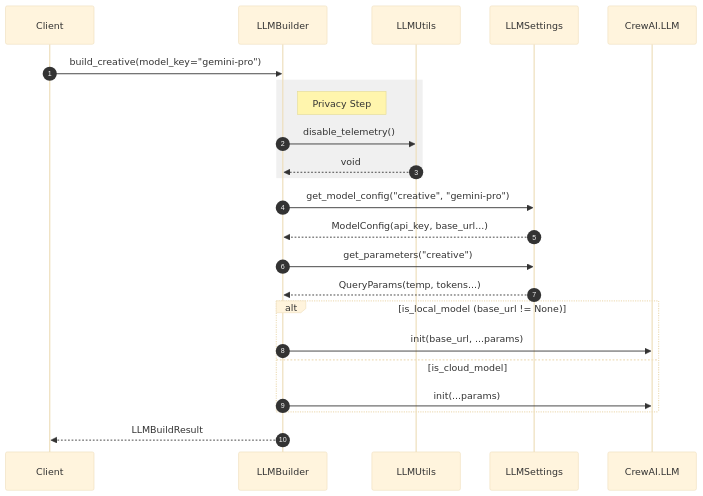
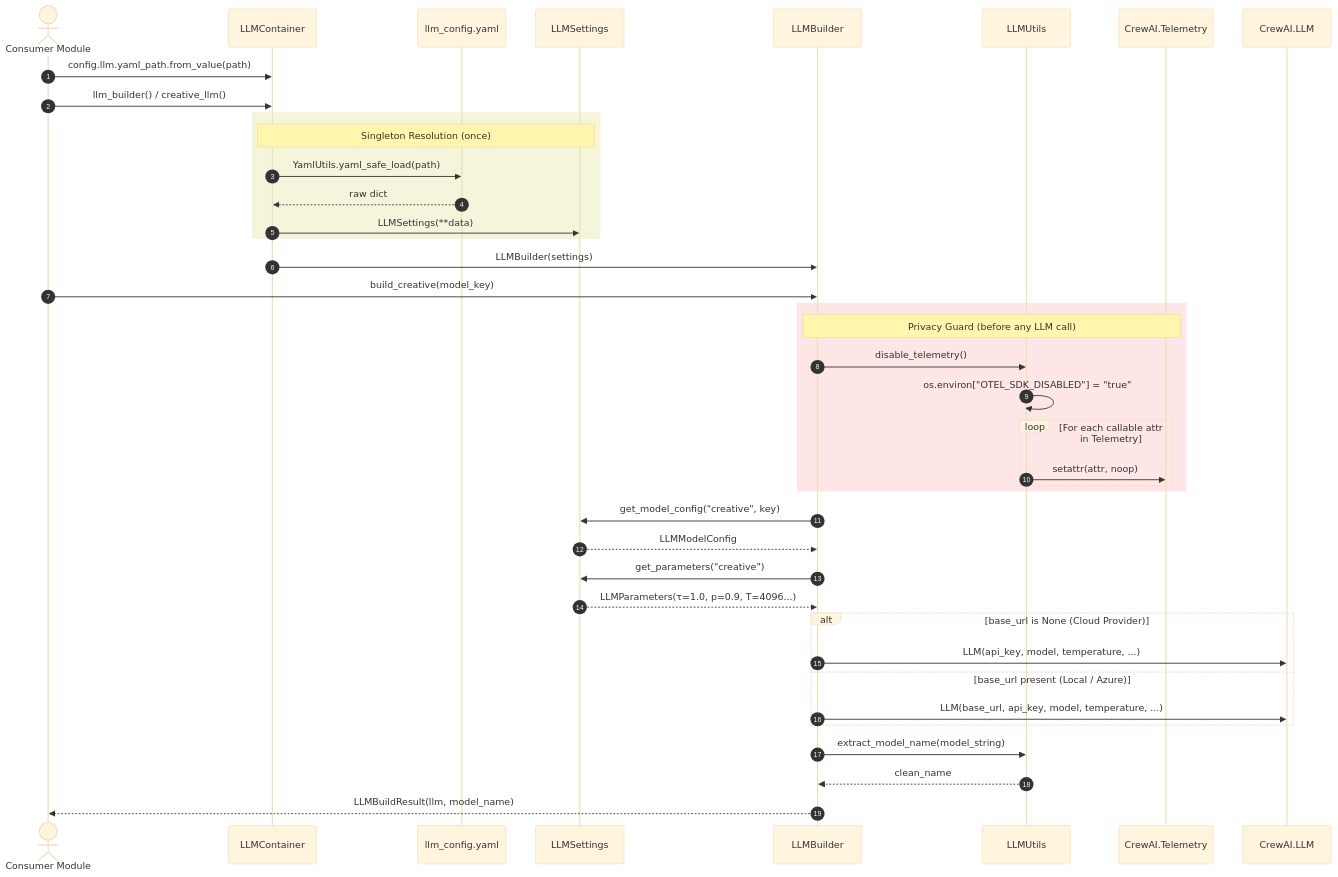
The third of 5 diagrams in docs/paper/modules/llm_factory/architecture.md (NikhilVijayakumar/Amsha), drawn with Mermaid before and after one commit. The commit also changed other lines of this file and 24 other files, not shown here.

````diff
--- a/docs/paper/modules/llm_factory/architecture.md
+++ b/docs/paper/modules/llm_factory/architecture.md
@@ -47,32 +173,53 @@
 ```mermaid
 %%{init: {'theme': 'base'}}%%
 sequenceDiagram
     autonumber
-    participant Client
+    actor Client as Consumer Module
+    participant Container as LLMContainer
+    participant YAML as llm_config.yaml
+    participant Settings as LLMSettings
     participant Builder as LLMBuilder
     participant Utils as LLMUtils
-    participant Settings as LLMSettings
+    participant Telemetry as CrewAI.Telemetry
     participant CrewLLM as CrewAI.LLM
 
-    Client->>Builder: build_creative(model_key="gemini-pro")
-    
-    rect rgb(240, 240, 240)
-        note right of Builder: Privacy Step
-        Builder->>Utils: disable_telemetry()
-        Utils-->>Builder: void
+    Client->>Container: config.llm.yaml_path.from_value(path)
+    Client->>Container: llm_builder() / creative_llm()
+
+    rect rgb(245, 245, 220)
+        note over Container,Settings: Singleton Resolution (once)
+        Container->>YAML: YamlUtils.yaml_safe_load(path)
+        YAML-->>Container: raw dict
+        Container->>Settings: LLMSettings(**data)
     end
 
-    Builder->>Settings: get_model_config("creative", "gemini-pro")
-    Settings-->>Builder: ModelConfig(api_key, base_url...)
+    Container->>Builder: LLMBuilder(settings)
+
+    Client->>Builder: build_creative(model_key)
+
+    rect rgb(255, 230, 230)
+        note over Builder,Telemetry: Privacy Guard (before any LLM call)
+        Builder->>Utils: disable_telemetry()
+        Utils->>Utils: os.environ["OTEL_SDK_DISABLED"] = "true"
+        loop For each callable attr in Telemetry
+            Utils->>Telemetry: setattr(attr, noop)
+        end
+    end
+
+    Builder->>Settings: get_model_config("creative", key)
+    Settings-->>Builder: LLMModelConfig
 
     Builder->>Settings: get_parameters("creative")
-    Settings-->>Builder: QueryParams(temp, tokens...)
+    Settings-->>Builder: LLMParameters(τ=1.0, p=0.9, T=4096...)
 
-    alt is_local_model (base_url != None)
-        Builder->>CrewLLM: init(base_url, ...params)
-    else is_cloud_model
-        Builder->>CrewLLM: init(...params)
+    alt base_url is None (Cloud Provider)
+        Builder->>CrewLLM: LLM(api_key, model, temperature, ...)
+    else base_url present (Local / Azure)
+        Builder->>CrewLLM: LLM(base_url, api_key, model, temperature, ...)
     end
 
-    Builder-->>Client: LLMBuildResult
+    Builder->>Utils: extract_model_name(model_string)
+    Utils-->>Builder: clean_name
+
+    Builder-->>Client: LLMBuildResult(llm, model_name)
 ```
````
